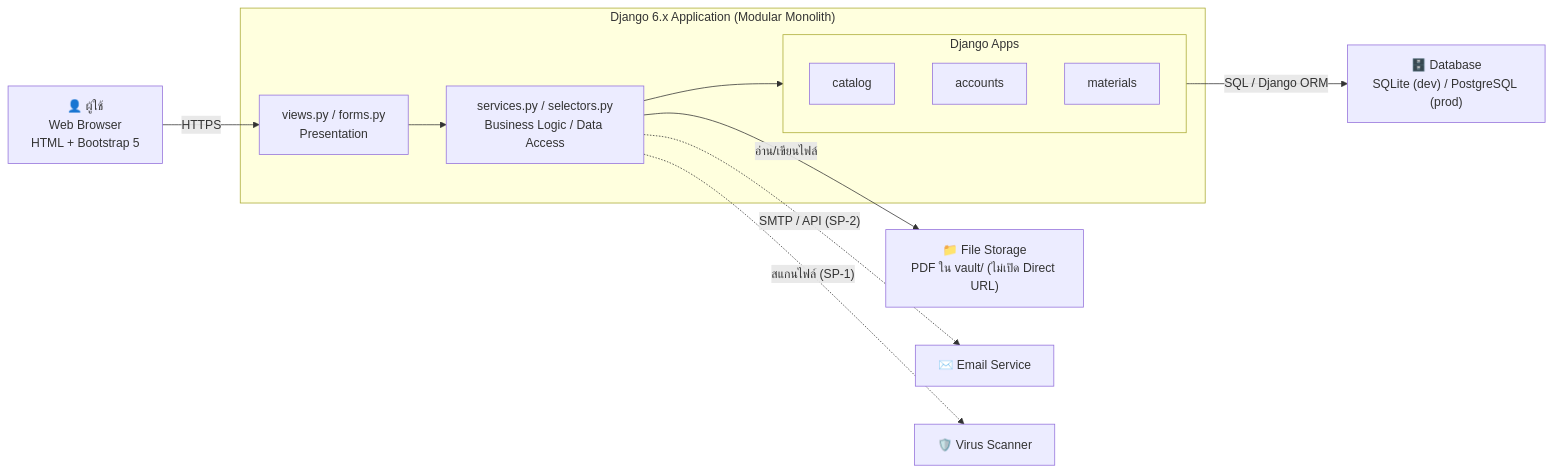
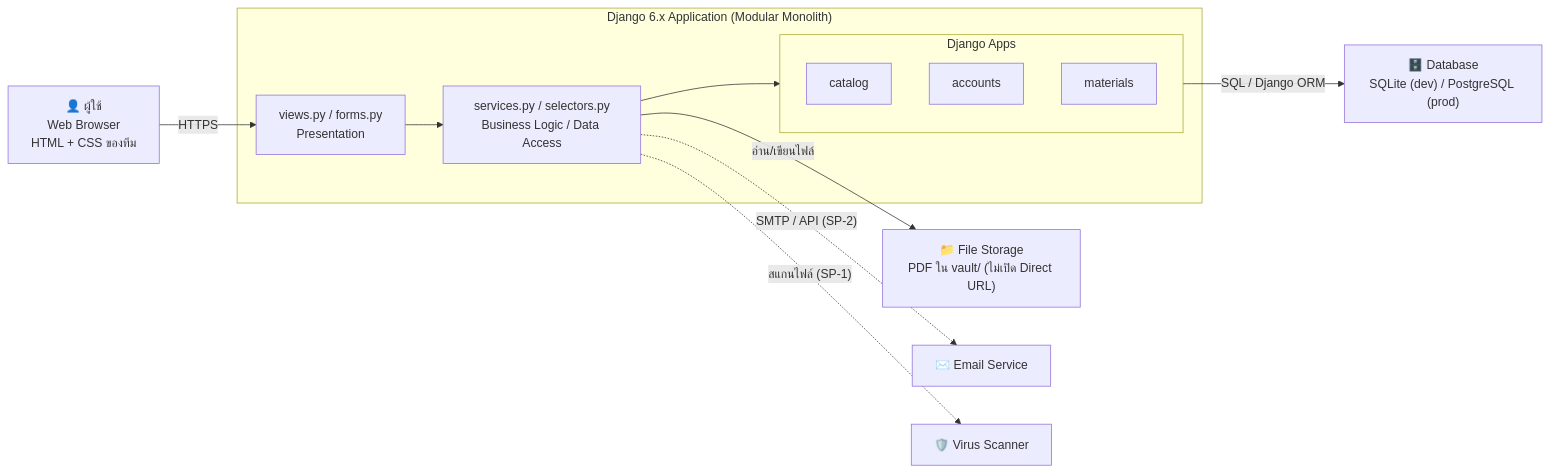
Before and after one commit to Jupiter4428/cntagram: the second of 2 diagrams in _docs/architecture/c4.md, drawn with Mermaid. The commit also changed 4 other files, not shown here.

First line of the commit message:
docs: replace Bootstrap with team CSS in stack docs

````diff
--- a/_docs/architecture/c4.md
+++ b/_docs/architecture/c4.md
@@ -28,25 +28,25 @@
 ```mermaid
 flowchart LR
-    U["👤 ผู้ใช้<br/>Web Browser<br/>HTML + Bootstrap 5"]
+    U["👤 ผู้ใช้<br/>Web Browser<br/>HTML + CSS ของทีม"]
     subgraph APP["Django 6.x Application (Modular Monolith)"]
         V["views.py / forms.py<br/>Presentation"]
         SV["services.py / selectors.py<br/>Business Logic / Data Access"]
         V --> SV
         subgraph APPS["Django Apps"]
             CAT["catalog"]
             ACC["accounts"]
             MAT["materials"]
         end
         SV --> APPS
     end
     DB["🗄️ Database<br/>SQLite (dev) / PostgreSQL (prod)"]
     FS["📁 File Storage<br/>PDF ใน vault/ (ไม่เปิด Direct URL)"]
     MAIL["✉️ Email Service"]
     AV["🛡️ Virus Scanner"]
 
     U -- "HTTPS" --> V
     APPS -- "SQL / Django ORM" --> DB
     SV -- "อ่าน/เขียนไฟล์" --> FS
     SV -. "SMTP / API (SP-2)" .-> MAIL
     SV -. "สแกนไฟล์ (SP-1)" .-> AV
 ```
````
